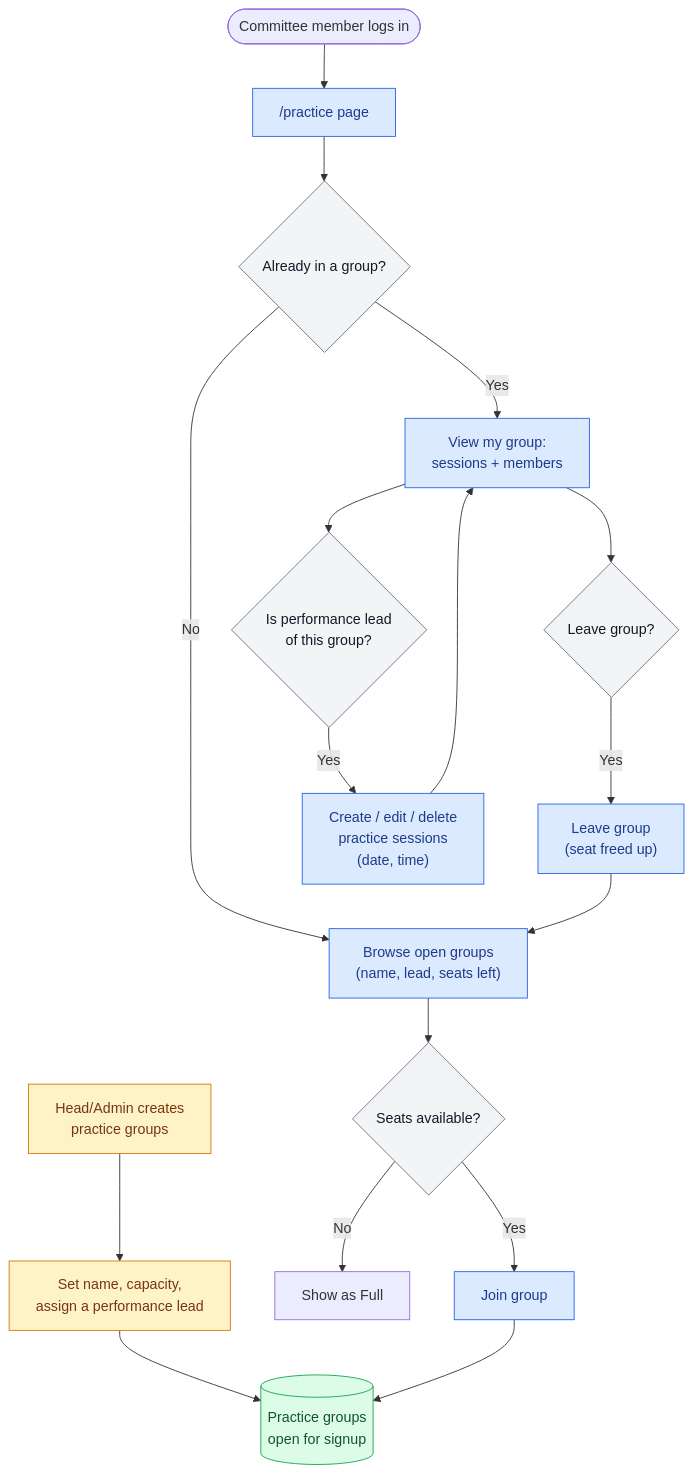
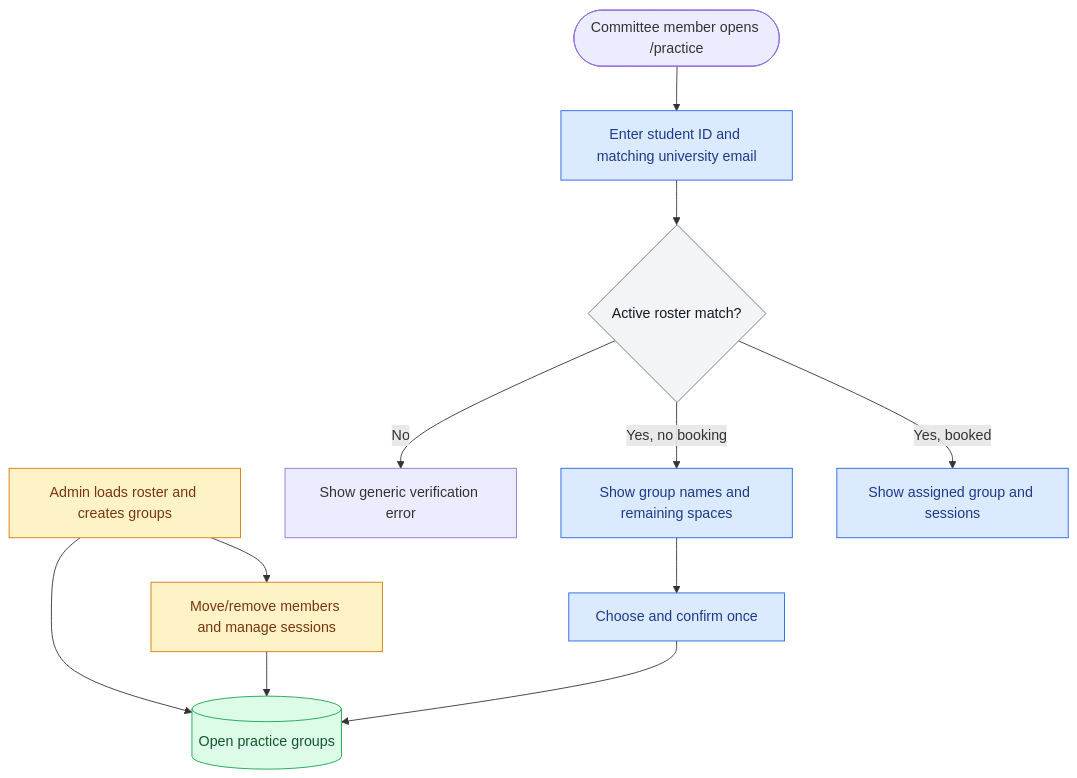
The second of 2 diagrams in README.md (yabgzichien/XMUM_Ori_Interview), drawn with Mermaid before and after one commit. The commit also changed other lines of this file, not shown here.

Commit message:
docs: add account-free practice operations guide

````diff
--- a/README.md
+++ b/README.md
@@ -204,33 +232,23 @@
 ```mermaid
 flowchart TD
-    Head["Head/Admin creates\npractice groups"] --> SetGroup["Set name, capacity,\nassign a performance lead"]
-    SetGroup --> Groups[("Practice groups\nopen for signup")]
-
-    Committee(["Committee member logs in"]) --> Practice["/practice page"]
-    Practice --> HasGroup{"Already in a group?"}
-
-    HasGroup -- "No" --> Browse["Browse open groups\n(name, lead, seats left)"]
-    Browse --> Join{"Seats available?"}
-    Join -- "No" --> Full["Show as Full"]
-    Join -- "Yes" --> JoinGroup["Join group"]
-    JoinGroup --> Groups
-
-    HasGroup -- "Yes" --> MyGroup["View my group:\nsessions + members"]
-    MyGroup --> LeaveChoice{"Leave group?"}
-    LeaveChoice -- "Yes" --> Leave["Leave group\n(seat freed up)"]
-    Leave --> Browse
-
-    MyGroup --> IsLead{"Is performance lead\nof this group?"}
-    IsLead -- "Yes" --> ManageSessions["Create / edit / delete\npractice sessions\n(date, time)"]
-    ManageSessions --> MyGroup
+    Admin["Admin loads roster and creates groups"] --> Groups[("Open practice groups")]
+    Committee(["Committee member opens /practice"]) --> Verify["Enter student ID and matching university email"]
+    Verify --> Valid{"Active roster match?"}
+    Valid -- "No" --> GenericError["Show generic verification error"]
+    Valid -- "Yes, no booking" --> Browse["Show group names and remaining spaces"]
+    Browse --> Confirm["Choose and confirm once"]
+    Confirm --> Groups
+    Valid -- "Yes, booked" --> MyGroup["Show assigned group and sessions"]
+    Admin --> Manage["Move/remove members and manage sessions"]
+    Manage --> Groups
 
     classDef head fill:#fef3c7,stroke:#d97706,color:#78350f
     classDef committee fill:#dbeafe,stroke:#2563eb,color:#1e3a8a
     classDef decision fill:#f3f4f6,stroke:#6b7280,color:#111827
     classDef db fill:#dcfce7,stroke:#16a34a,color:#14532d
 
-    class Head,SetGroup head
-    class Practice,Browse,JoinGroup,MyGroup,Leave,ManageSessions committee
-    class HasGroup,Join,LeaveChoice,IsLead decision
+    class Admin,Manage head
+    class Verify,Browse,Confirm,MyGroup committee
+    class Valid decision
     class Groups db
 ```
````
